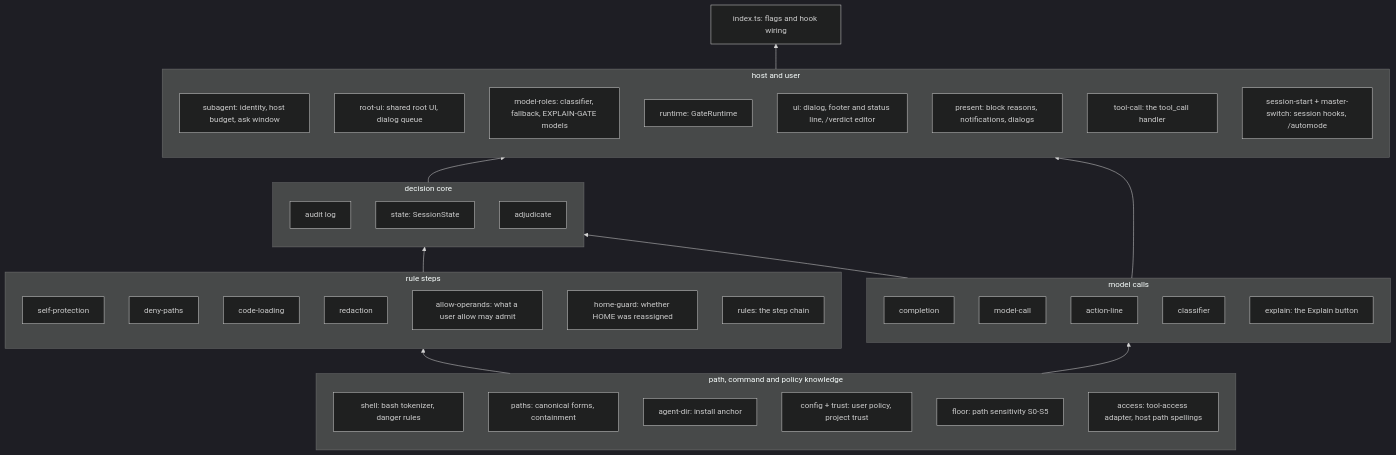
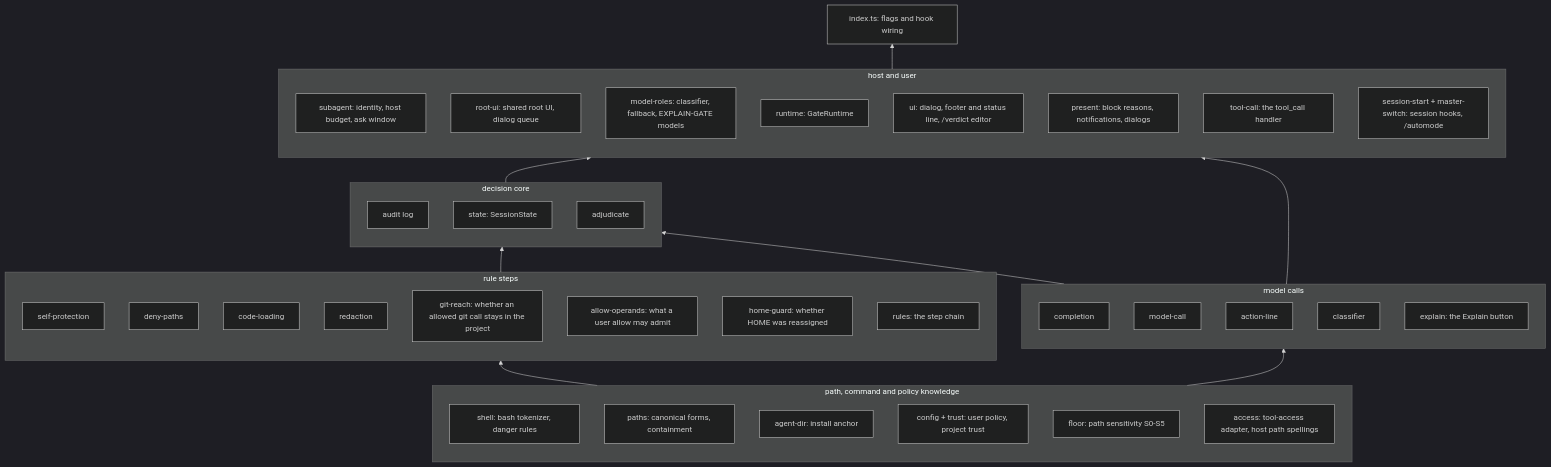
The fifth of 5 diagrams in docs/architecture.md (jonatsu/pi-verdict), drawn with Mermaid (dark theme) before and after one commit. The commit also changed other lines of this file and 3 other files, not shown here.

First line of the commit message:
refactor(rules): move the git reach checks into git-reach.ts

````diff
--- a/docs/architecture.md
+++ b/docs/architecture.md
@@ -209,50 +210,51 @@
 ```mermaid
 flowchart BT
   subgraph knowledge [path, command and policy knowledge]
     shell[shell: bash tokenizer, danger rules]
     paths[paths: canonical forms, containment]
     agentdir[agent-dir: install anchor]
     config[config + trust: user policy, project trust]
     floor[floor: path sensitivity S0-S5]
     access[access: tool-access adapter, host path spellings]
   end
   subgraph layers [rule steps]
     self[self-protection]
     denyp[deny-paths]
     codeload[code-loading]
     redaction[redaction]
+    gitreach[git-reach: whether an allowed git call stays in the project]
     allowops[allow-operands: what a user allow may admit]
     homeguard[home-guard: whether HOME was reassigned]
     rules[rules: the step chain]
   end
   subgraph model [model calls]
     completion[completion]
     modelcall[model-call]
     actionline[action-line]
     classifier[classifier]
     explain[explain: the Explain button]
   end
   subgraph core [decision core]
     audit[audit log]
     state[state: SessionState]
     adjudicate[adjudicate]
   end
   subgraph host [host and user]
     subagent[subagent: identity, host budget, ask window]
     rootui[root-ui: shared root UI, dialog queue]
     roles[model-roles: classifier, fallback, EXPLAIN-GATE models]
     runtime[runtime: GateRuntime]
     ui[ui: dialog, footer and status line, /verdict editor]
     present[present: block reasons, notifications, dialogs]
     toolcall[tool-call: the tool_call handler]
     session[session-start + master-switch: session hooks, /automode]
   end
   index[index.ts: flags and hook wiring]
   knowledge --> layers
   knowledge --> model
   layers --> core
   model --> core
   core --> host
   model --> host
   host --> index
 ```
````
